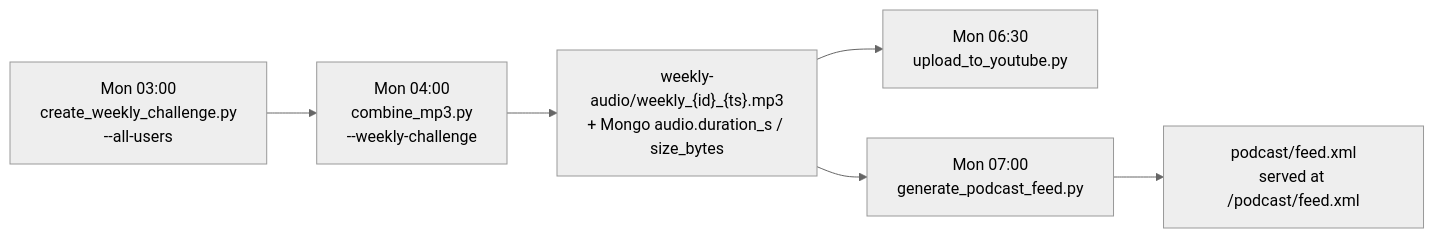
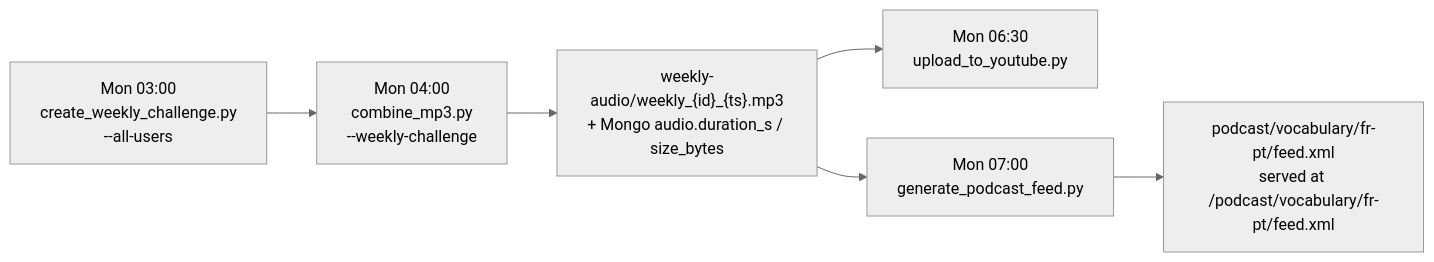
One commit to charly37/PortugueseLearning changed the diagram in docs/PODCAST.md. Above: the diagram before and after it, drawn with Mermaid (neutral theme). The commit also changed other lines of this file and 20 other files, not shown here.

````diff
--- a/docs/PODCAST.md
+++ b/docs/PODCAST.md
@@ -21,8 +23,8 @@
 ```mermaid
 flowchart LR
     A["Mon 03:00<br/>create_weekly_challenge.py<br/>--all-users"] --> B["Mon 04:00<br/>combine_mp3.py<br/>--weekly-challenge"]
     B --> C["weekly-audio/weekly_{id}_{ts}.mp3<br/>+ Mongo audio.duration_s / size_bytes"]
     C --> D["Mon 06:30<br/>upload_to_youtube.py"]
     C --> E["Mon 07:00<br/>generate_podcast_feed.py"]
-    E --> F["podcast/feed.xml<br/>served at /podcast/feed.xml"]
+    E --> F["podcast/vocabulary/fr-pt/feed.xml<br/>served at /podcast/vocabulary/fr-pt/feed.xml"]
 ```
````
